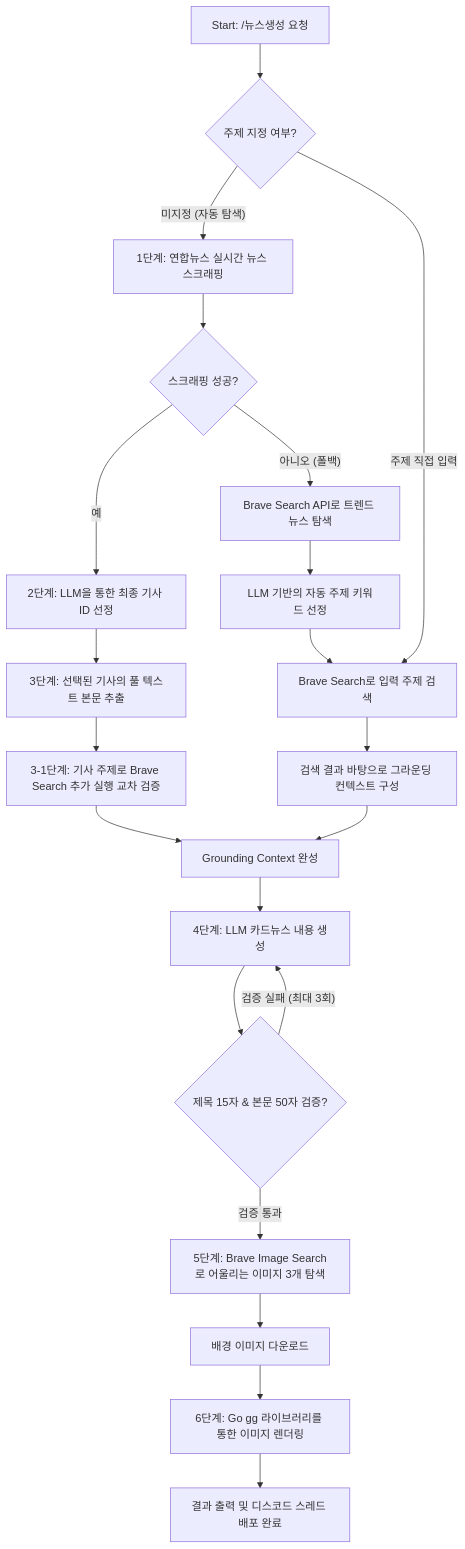
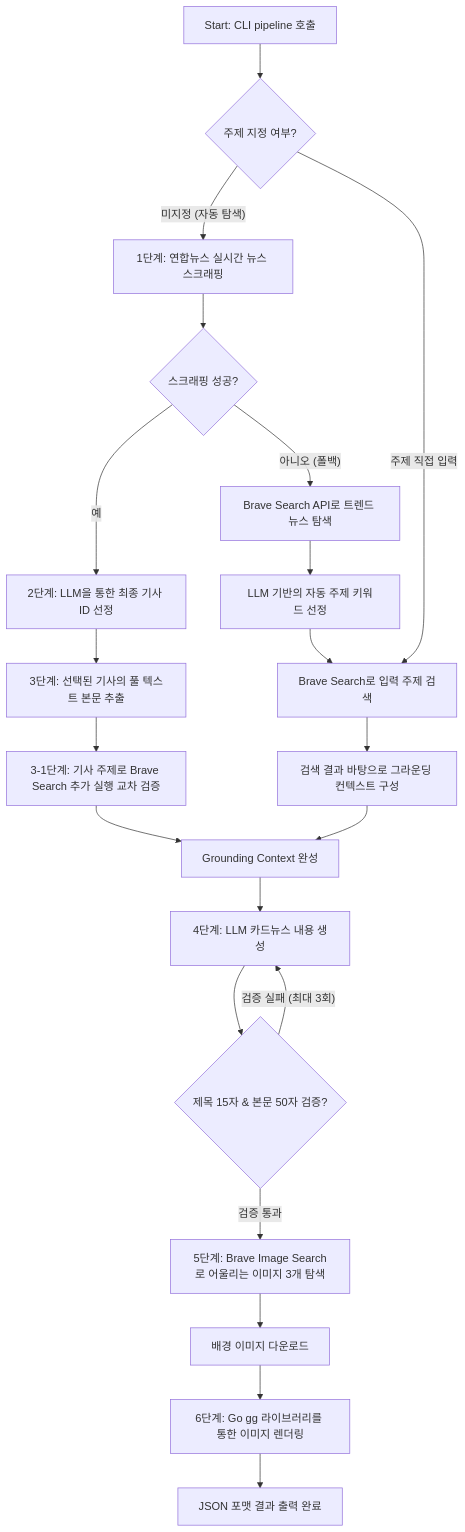
Before and after one commit to sleepysoong/serendipity: the diagram in README.md, drawn with Mermaid. The commit also changed other lines of this file, not shown here.

Commit message:
docs: enrich CLI usage guide with parameters type, requirement, and examples

````diff
--- a/README.md
+++ b/README.md
@@ -30,27 +31,27 @@
 ```mermaid
 flowchart TD
-    A[Start: /뉴스생성 요청] --> B{주제 지정 여부?}
+    A[Start: CLI pipeline 호출] --> B{주제 지정 여부?}
     B -- 미지정 (자동 탐색) --> C[1단계: 연합뉴스 실시간 뉴스 스크래핑]
     B -- 주제 직접 입력 --> H[Brave Search로 입력 주제 검색]
     
     C --> D{스크래핑 성공?}
     D -- 예 --> E[2단계: LLM을 통한 최종 기사 ID 선정]
     D -- 아니오 (폴백) --> F[Brave Search API로 트렌드 뉴스 탐색]
     F --> G[LLM 기반의 자동 주제 키워드 선정]
     G --> H
     
     E --> I[3단계: 선택된 기사의 풀 텍스트 본문 추출]
     I --> I2[3-1단계: 기사 주제로 Brave Search 추가 실행 교차 검증]
     H --> J[검색 결과 바탕으로 그라운딩 컨텍스트 구성]
     I2 --> K[Grounding Context 완성]
     J --> K
     
     K --> L[4단계: LLM 카드뉴스 내용 생성]
     L --> M{제목 15자 & 본문 50자 검증?}
     M -- 검증 실패 (최대 3회) --> L
     M -- 검증 통과 --> N[5단계: Brave Image Search로 어울리는 이미지 3개 탐색]
     
     N --> O[배경 이미지 다운로드]
     O --> P[6단계: Go gg 라이브러리를 통한 이미지 렌더링]
-    P --> Q[결과 출력 및 디스코드 스레드 배포 완료]
+    P --> Q[JSON 포맷 결과 출력 완료]
 ```
````
